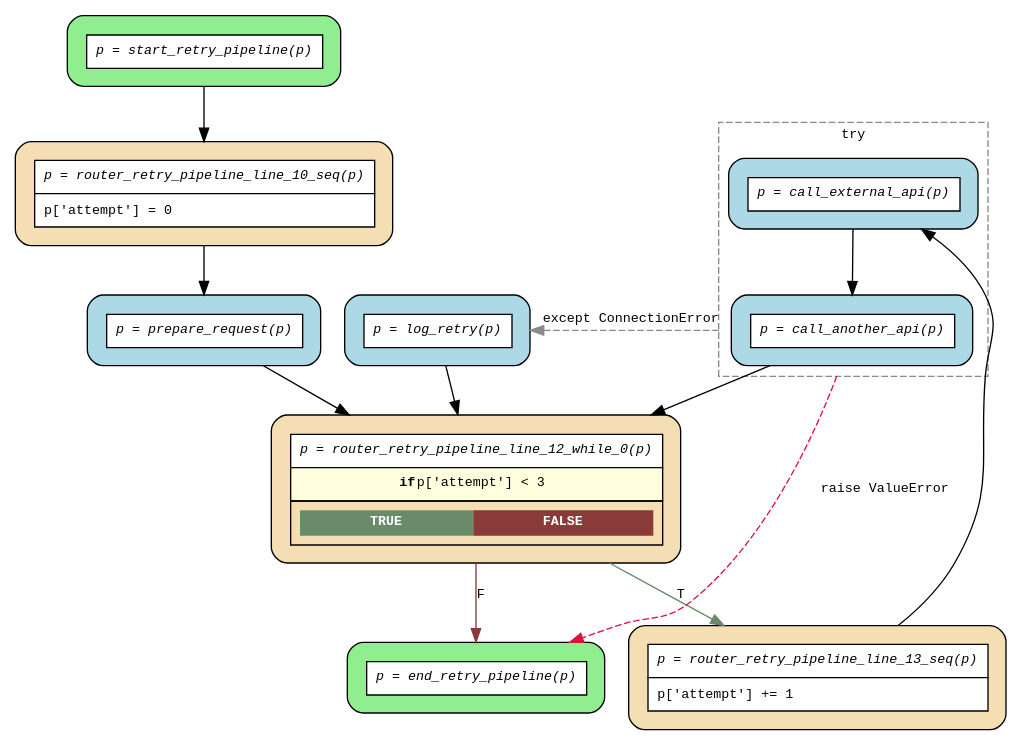
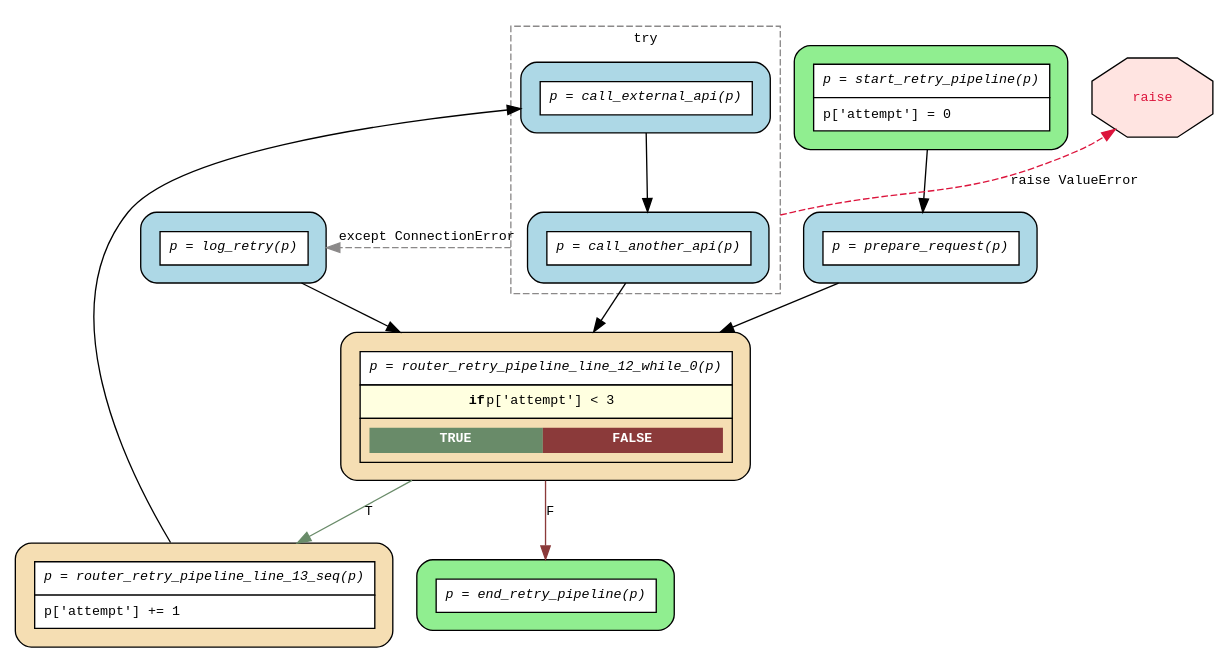
Before and after one commit to deliveryhero/asya: the diagram in examples/flows/compiled/try_except_retry_loop/flow.dot, drawn with Graphviz. The commit also changed 21 other files, not shown here.

Commit message:
Add mutations to start_* and make proper except flow

```diff
--- a/examples/flows/compiled/try_except_retry_loop/flow.dot
+++ b/examples/flows/compiled/try_except_retry_loop/flow.dot
@@ -1,36 +1,35 @@
 digraph flow {
   rankdir=TB;
   compound=true;
   graph [fontname="Courier", fontsize=10];
   node [fontname="Courier", fontsize=10, shape=box, style="filled,rounded", margin="0.2"];
   edge [fontname="Courier", fontsize=10];
 
-  start_retry_pipeline [fillcolor="lightgreen", group="main", label=<<table border="0" cellspacing="0" cellpadding="6" cellborder="1"><tr><td bgcolor="white" align="center"><i>p = start_retry_pipeline(p)</i></td></tr></table>>];
+  start_retry_pipeline [fillcolor="lightgreen", group="main", label=<<table border="0" cellspacing="0" cellpadding="6" cellborder="1"><tr><td bgcolor="white" align="center"><i>p = start_retry_pipeline(p)</i></td></tr><tr><td bgcolor="white" align="left">p['attempt'] = 0</td></tr></table>>];
   router_retry_pipeline_line_13_seq [fillcolor="wheat", group="main", label=<<table border="0" cellspacing="0" cellpadding="6" cellborder="1"><tr><td bgcolor="white" align="center"><i>p = router_retry_pipeline_line_13_seq(p)</i></td></tr><tr><td bgcolor="white" align="left">p['attempt'] += 1</td></tr></table>>];
   router_retry_pipeline_line_12_while_0 [fillcolor="wheat", group="main", label=<<table border="0" cellspacing="0" cellpadding="6" cellborder="1"><tr><td bgcolor="white" align="center"><i>p = router_retry_pipeline_line_12_while_0(p)</i></td></tr><tr><td bgcolor="lightyellow"><b>if</b> p['attempt'] &lt; 3</td></tr><tr><td><table border="0" cellspacing="0" cellpadding="4"><tr><td bgcolor="darkseagreen4"><font color="white"><b>TRUE</b></font></td><td bgcolor="indianred4"><font color="white"><b>FALSE</b></font></td></tr></table></td></tr></table>>];
-  router_retry_pipeline_line_10_seq [fillcolor="wheat", group="main", label=<<table border="0" cellspacing="0" cellpadding="6" cellborder="1"><tr><td bgcolor="white" align="center"><i>p = router_retry_pipeline_line_10_seq(p)</i></td></tr><tr><td bgcolor="white" align="left">p['attempt'] = 0</td></tr></table>>];
   end_retry_pipeline [fillcolor="lightgreen", group="main", label=<<table border="0" cellspacing="0" cellpadding="6" cellborder="1"><tr><td bgcolor="white" align="center"><i>p = end_retry_pipeline(p)</i></td></tr></table>>];
   log_retry [fillcolor="lightblue", label=<<table border="0" cellspacing="0" cellpadding="6" cellborder="1"><tr><td bgcolor="white" align="center"><i>p = log_retry(p)</i></td></tr></table>>];
   prepare_request [fillcolor="lightblue", label=<<table border="0" cellspacing="0" cellpadding="6" cellborder="1"><tr><td bgcolor="white" align="center"><i>p = prepare_request(p)</i></td></tr></table>>];
+  raise_exit_0 [shape=octagon, fillcolor="mistyrose", fontcolor="crimson", style=filled, label="raise"];
   subgraph cluster_try_0 {
     style=dashed;
     color="snow4";
     fontname="Courier";
     fontsize=10;
     label="try";
     call_another_api [fillcolor="lightblue", label=<<table border="0" cellspacing="0" cellpadding="6" cellborder="1"><tr><td bgcolor="white" align="center"><i>p = call_another_api(p)</i></td></tr></table>>];
     call_external_api [fillcolor="lightblue", label=<<table border="0" cellspacing="0" cellpadding="6" cellborder="1"><tr><td bgcolor="white" align="center"><i>p = call_external_api(p)</i></td></tr></table>>];
   }
 
-  call_another_api -> end_retry_pipeline [ltail=cluster_try_0, color=crimson, style=dashed, label="raise ValueError", constraint=false];
   call_another_api -> log_retry [ltail=cluster_try_0, color=snow4, style=dashed, label="except ConnectionError", constraint=false];
+  call_another_api -> raise_exit_0 [ltail=cluster_try_0, color=crimson, style=dashed, label="raise ValueError", constraint=false];
   call_another_api -> router_retry_pipeline_line_12_while_0;
   call_external_api -> call_another_api;
   log_retry -> router_retry_pipeline_line_12_while_0;
   prepare_request -> router_retry_pipeline_line_12_while_0;
-  router_retry_pipeline_line_10_seq -> prepare_request;
   router_retry_pipeline_line_12_while_0 -> end_retry_pipeline [label="F", color=indianred4];
   router_retry_pipeline_line_12_while_0 -> router_retry_pipeline_line_13_seq [label="T", color=darkseagreen4];
   router_retry_pipeline_line_13_seq -> call_external_api;
-  start_retry_pipeline -> router_retry_pipeline_line_10_seq;
+  start_retry_pipeline -> prepare_request;
 }
```
